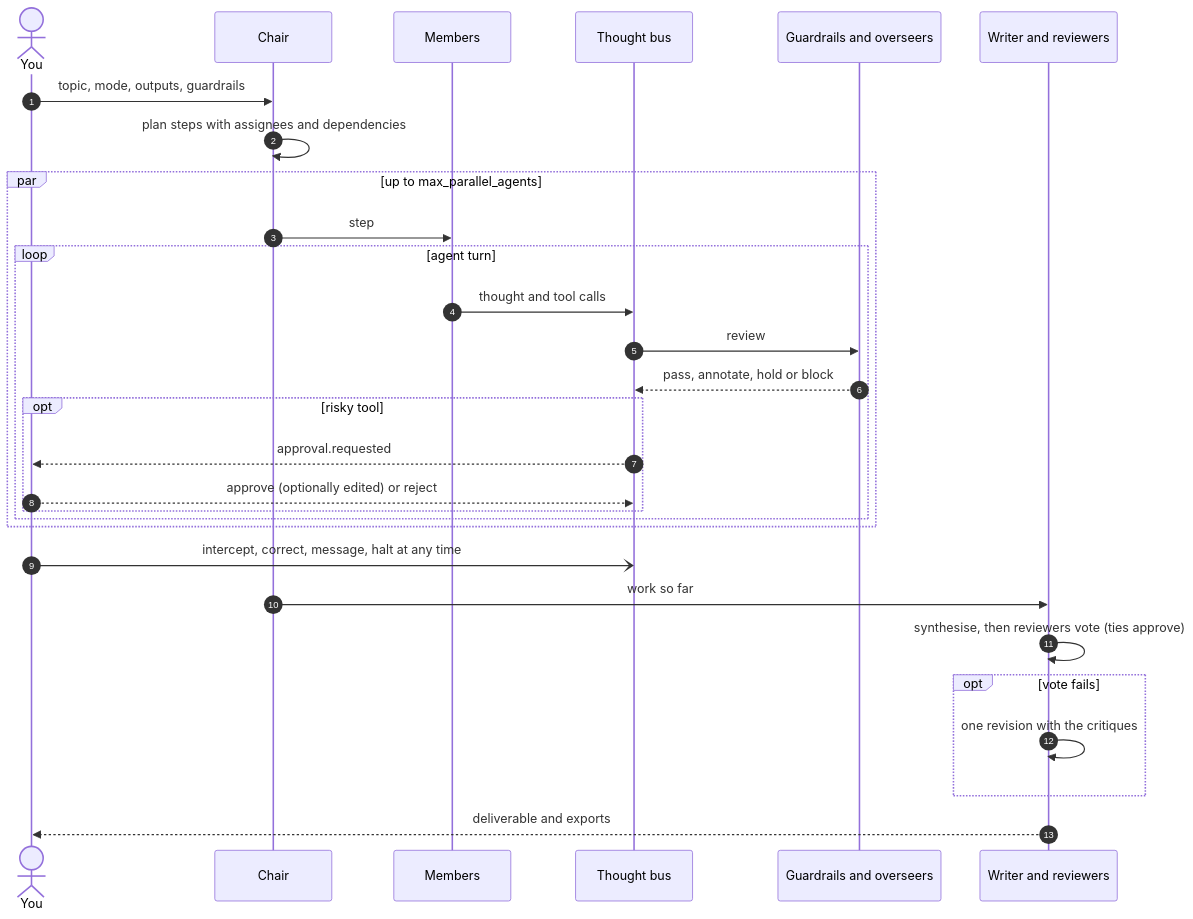
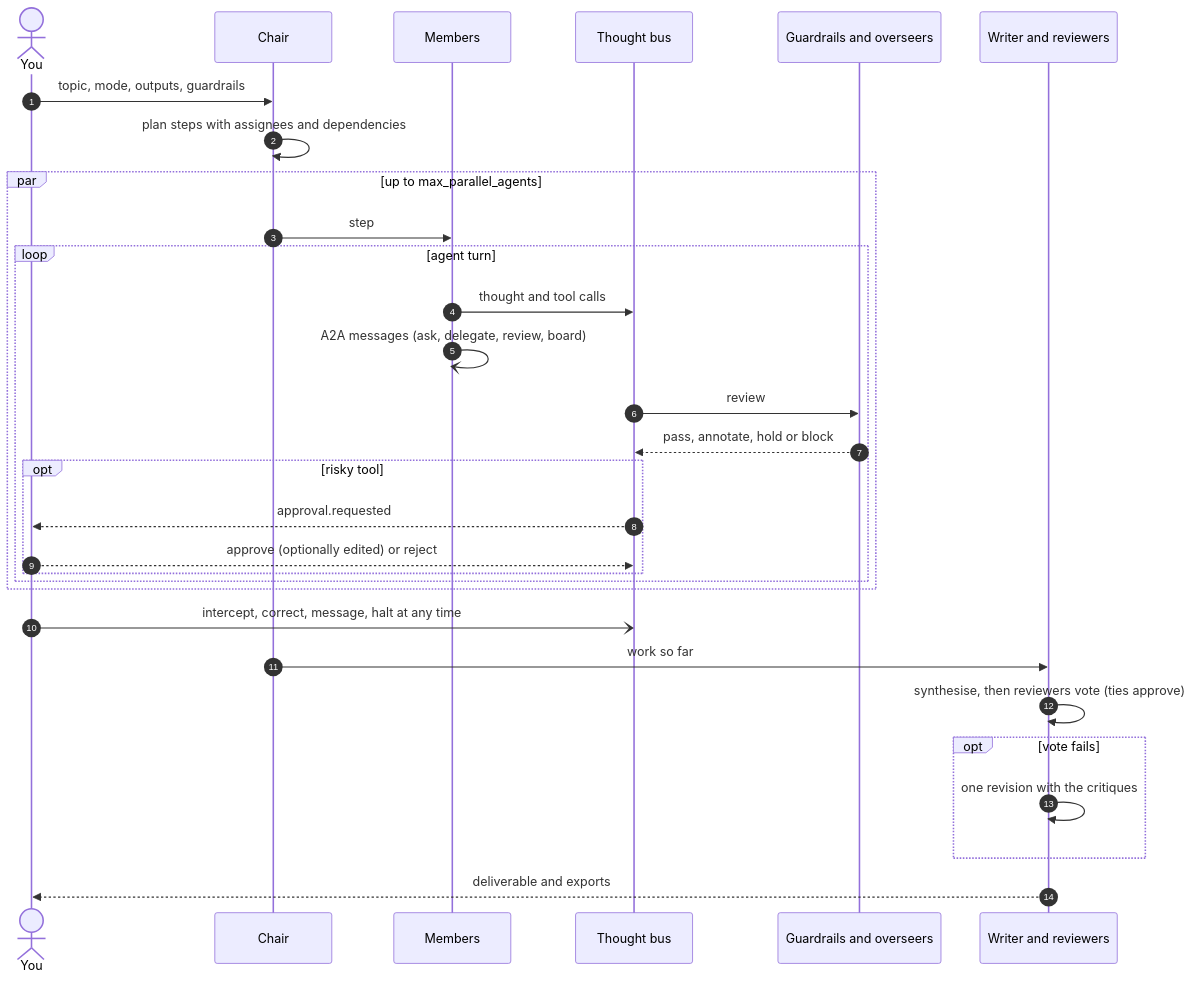
One commit to lordprime/Argus-Council changed the third of 5 diagrams in README.md. Above: the diagram before and after it, drawn with Mermaid. The commit also changed other lines of this file and 34 other files, not shown here.

````diff
--- a/README.md
+++ b/README.md
@@ -214,31 +225,32 @@
 ```mermaid
 sequenceDiagram
     autonumber
     actor U as You
     participant C as Chair
     participant M as Members
     participant B as Thought bus
     participant O as Guardrails and overseers
     participant W as Writer and reviewers
     U->>C: topic, mode, outputs, guardrails
     C->>C: plan steps with assignees and dependencies
     par up to max_parallel_agents
         C->>M: step
         loop agent turn
             M->>B: thought and tool calls
+            M-)M: A2A messages (ask, delegate, review, board)
             B->>O: review
             O-->>B: pass, annotate, hold or block
             opt risky tool
                 B-->>U: approval.requested
                 U-->>B: approve (optionally edited) or reject
             end
         end
     end
     U-)B: intercept, correct, message, halt at any time
     C->>W: work so far
     W->>W: synthesise, then reviewers vote (ties approve)
     opt vote fails
         W->>W: one revision with the critiques
     end
     W-->>U: deliverable and exports
 ```
````
